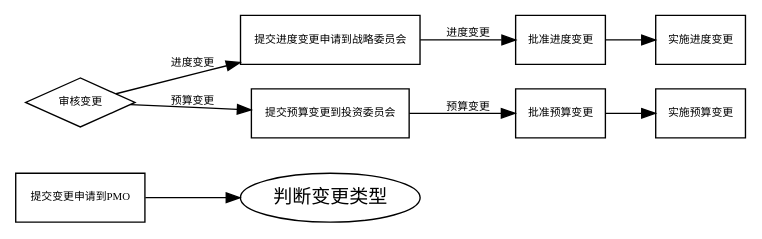
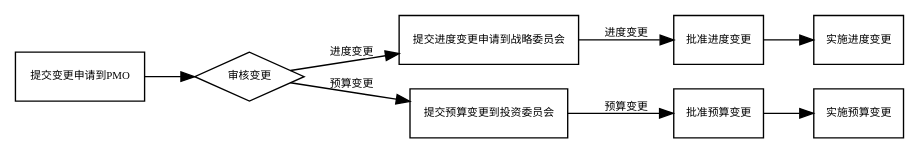
One commit to cruiurc/cruiurc.github.io changed the diagram in source/work/lp/asset/变更流程图.rst. Above: the diagram before and after it, drawn with Graphviz.

```diff
--- a/source/work/lp/asset/变更流程图.rst
+++ b/source/work/lp/asset/变更流程图.rst
@@ -4,20 +4,20 @@
 .. graphviz::
 
     digraph 变更{
         rankdir=LR
         {
           提交变更申请到PMO [shape=box fontsize=8];
           审核变更 [shape=diamond fontsize=8];
           提交进度变更申请到战略委员会 [shape=box fontsize=8];
           提交预算变更到投资委员会 [shape=box fontsize=8];
           批准进度变更 [shape=box fontsize=8];
           批准预算变更 [shape=box fontsize=8];
           实施进度变更 [shape=box fontsize=8];
           实施预算变更 [shape=box fontsize=8];
         }
-          提交变更申请到PMO -> 判断变更类型;
+          提交变更申请到PMO -> 审核变更;
           审核变更 -> 提交进度变更申请到战略委员会 -> 批准进度变更 [label="进度变更" fontsize=8];
           批准进度变更 -> 实施进度变更;
           审核变更 -> 提交预算变更到投资委员会 -> 批准预算变更 [label="预算变更" fontsize=8];
           批准预算变更 -> 实施预算变更;
         }
```
